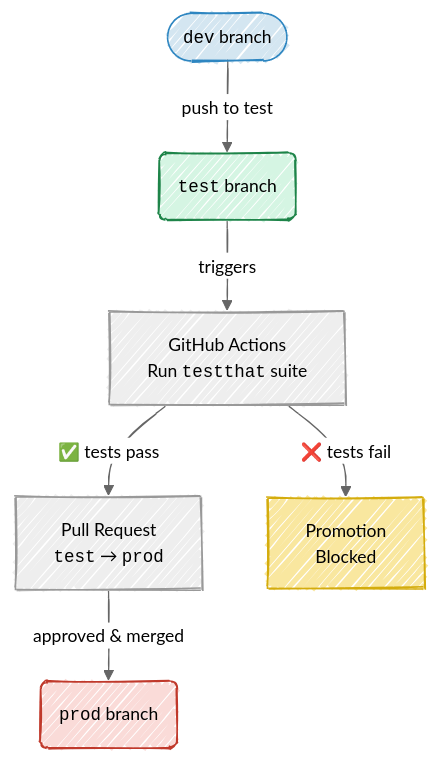
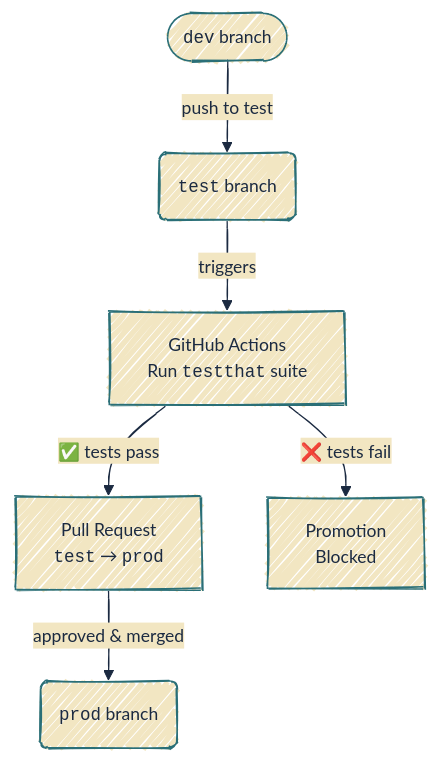
The second of 2 diagrams in publish-r-py.qmd (mjfrigaard/do4ds-labs), drawn with Mermaid before and after one commit. The commit also changed other lines of this file and 88 other files, not shown here.

````diff
--- a/publish-r-py.qmd
+++ b/publish-r-py.qmd
@@ -157,17 +149,13 @@
 ```{mermaid}
 %%| fig-cap: 'Running tests'
 %%| fig-width: 7.0
 %%| fig-align: center
-%%{init: {'theme': 'neutral', 'look': 'handDrawn', 'themeVariables': { 'fontFamily': 'monospace', "fontSize":"14px"}}}%%
+%%{init: {'theme': 'base', 'look': 'handDrawn', 'themeVariables': { 'fontFamily': 'monospace', "fontSize":"14px", 'primaryColor': '#F2E6C2', 'primaryBorderColor': '#2A6F77', 'primaryTextColor': '#1B2A41', 'secondaryColor': '#d4e7e4', 'tertiaryColor': '#f5f0e4', 'lineColor': '#1B2A41', 'edgeLabelBackground': '#F2E6C2'}}}%%
 flowchart TD
     DevBr(["<code>dev</code> branch"]) -->|"push to test"| TestBr("<code>test</code> branch")
     TestBr -->|"triggers"| GHA["GitHub Actions<br>Run <code>testthat</code> suite"]
     GHA -->|"✅ tests pass"| PR["Pull Request<br><code>test</code> → <code>prod</code>"]
     GHA -->|"❌ tests fail"| Block["Promotion<br>Blocked"]
     PR -->|"approved & merged"| ProdBr("<code>prod</code> branch")
 
-    style DevBr fill:#D4E6F1,stroke:#2E86C1,color:#000
-    style TestBr fill:#D5F5E3,stroke:#1E8449,color:#000
-    style ProdBr fill:#FADBD8,stroke:#C0392B,color:#000
-    style Block fill:#F9E79F,stroke:#D4AC0D,color:#000
 ```
````
